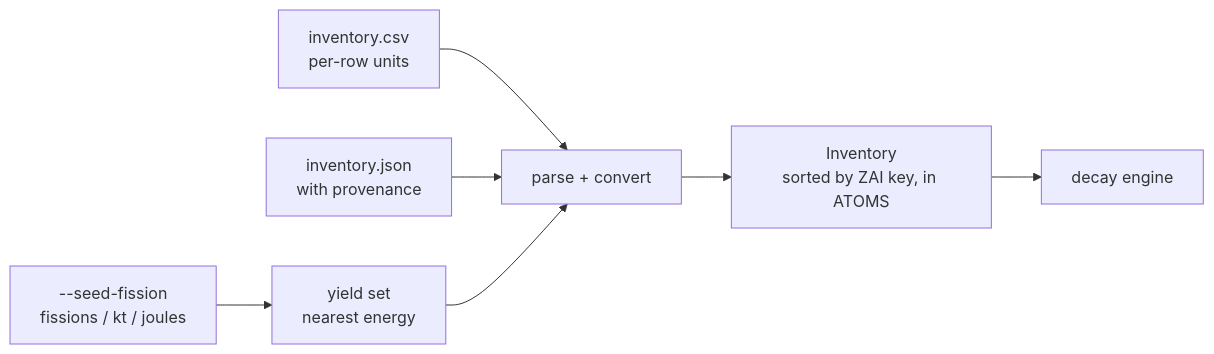
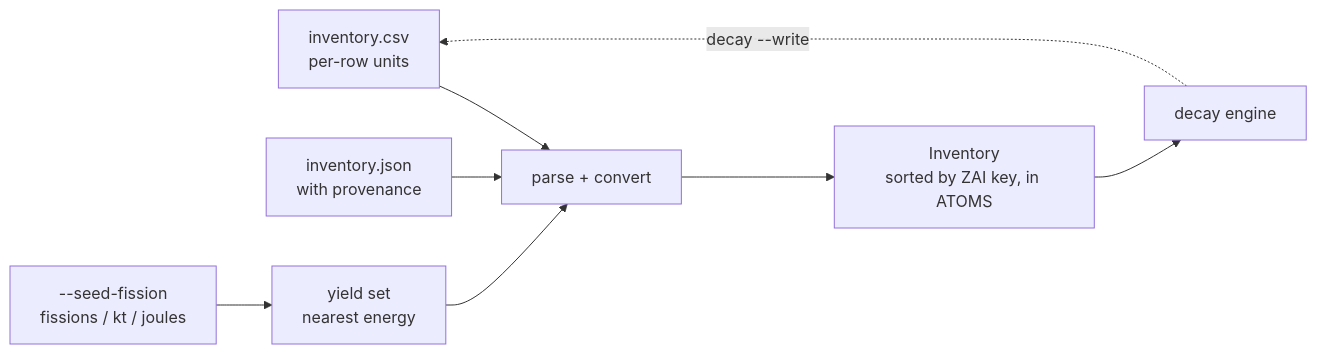
The diagram in docs/inventory.md (lefebvre/nusift), drawn with Mermaid before and after one commit. The commit also changed other lines of this file and 4 other files, not shown here.

````diff
--- a/docs/inventory.md
+++ b/docs/inventory.md
@@ -16,9 +16,10 @@
 ```mermaid
 flowchart LR
     C["inventory.csv<br/>per-row units"] --> P["parse + convert"]
     J["inventory.json<br/>with provenance"] --> P
     F["--seed-fission<br/>fissions / kt / joules"] --> Y["yield set<br/>nearest energy"]
     Y --> P
     P --> I["Inventory<br/>sorted by ZAI key, in ATOMS"]
     I --> E["decay engine"]
+    E -.->|"decay --write"| C
 ```
````
